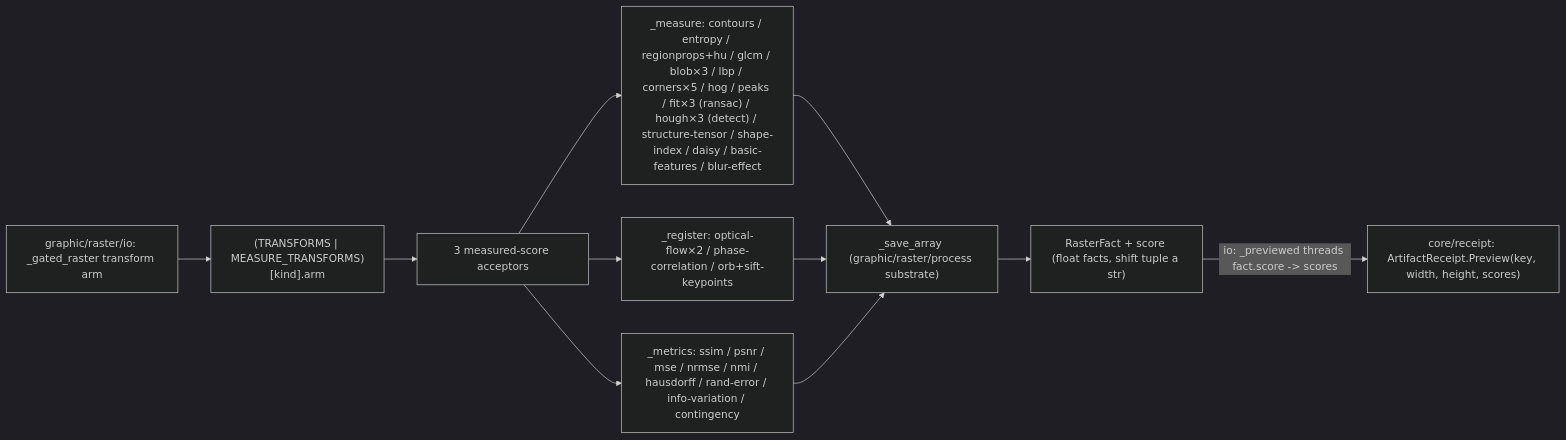
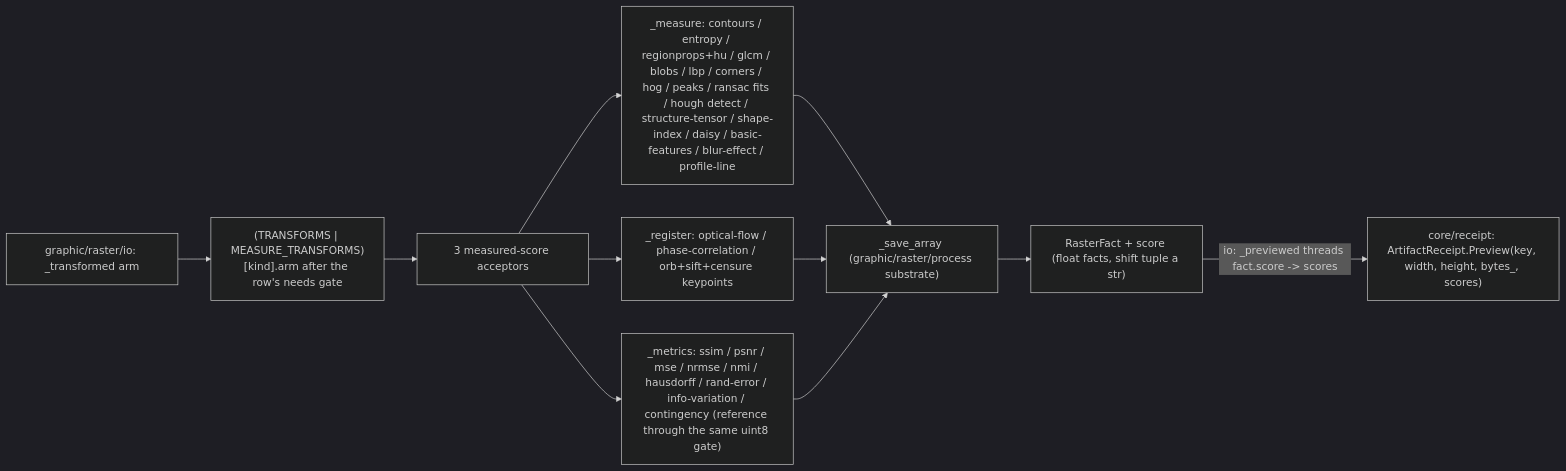
The diagram in libs/python/artifacts/.planning/graphic/raster/measure.md (bsamiee/Rasm), drawn with Mermaid (dark theme) before and after one commit. The commit also changed other lines of this file and 143 other files, not shown here.

````diff
--- a/libs/python/artifacts/.planning/graphic/raster/measure.md
+++ b/libs/python/artifacts/.planning/graphic/raster/measure.md
@@ -253,13 +289,13 @@
 ```mermaid
 flowchart LR
-    Tx["graphic/raster/io: _gated_raster transform arm"] --> Table["(TRANSFORMS | MEASURE_TRANSFORMS)[kind].arm"]
+    Tx["graphic/raster/io: _transformed arm"] --> Table["(TRANSFORMS | MEASURE_TRANSFORMS)[kind].arm after the row's needs gate"]
     Table --> Acc["3 measured-score acceptors"]
-    Acc --> Mea["_measure: contours / entropy / regionprops+hu / glcm / blob×3 / lbp / corners×5 / hog / peaks / fit×3 (ransac) / hough×3 (detect) / structure-tensor / shape-index / daisy / basic-features / blur-effect"]
-    Acc --> Reg["_register: optical-flow×2 / phase-correlation / orb+sift-keypoints"]
-    Acc --> Met["_metrics: ssim / psnr / mse / nrmse / nmi / hausdorff / rand-error / info-variation / contingency"]
+    Acc --> Mea["_measure: contours / entropy / regionprops+hu / glcm / blobs / lbp / corners / hog / peaks / ransac fits / hough detect / structure-tensor / shape-index / daisy / basic-features / blur-effect / profile-line"]
+    Acc --> Reg["_register: optical-flow / phase-correlation / orb+sift+censure keypoints"]
+    Acc --> Met["_metrics: ssim / psnr / mse / nrmse / nmi / hausdorff / rand-error / info-variation / contingency (reference through the same uint8 gate)"]
     Mea --> Save["_save_array (graphic/raster/process substrate)"]
     Reg --> Save
     Met --> Save
     Save --> Fact["RasterFact + score (float facts, shift tuple a str)"]
-    Fact -->|"io: _previewed threads fact.score -> scores"| Preview["core/receipt: ArtifactReceipt.Preview(key, width, height, scores)"]
+    Fact -->|"io: _previewed threads fact.score -> scores"| Preview["core/receipt: ArtifactReceipt.Preview(key, width, height, bytes_, scores)"]
 ```
````
